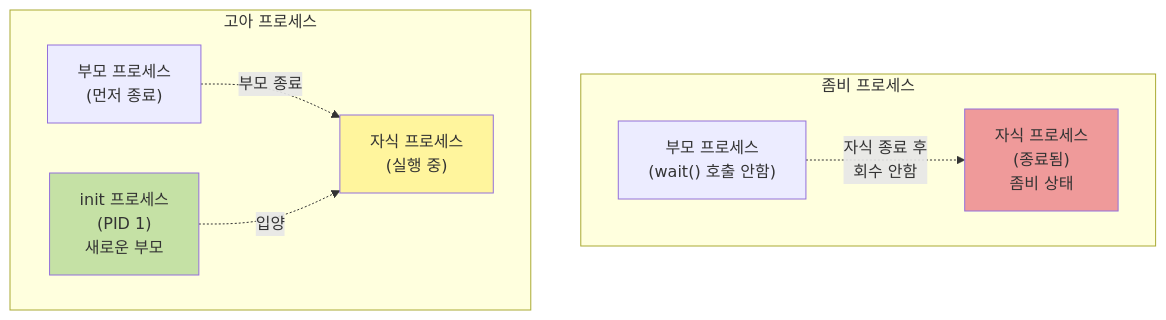
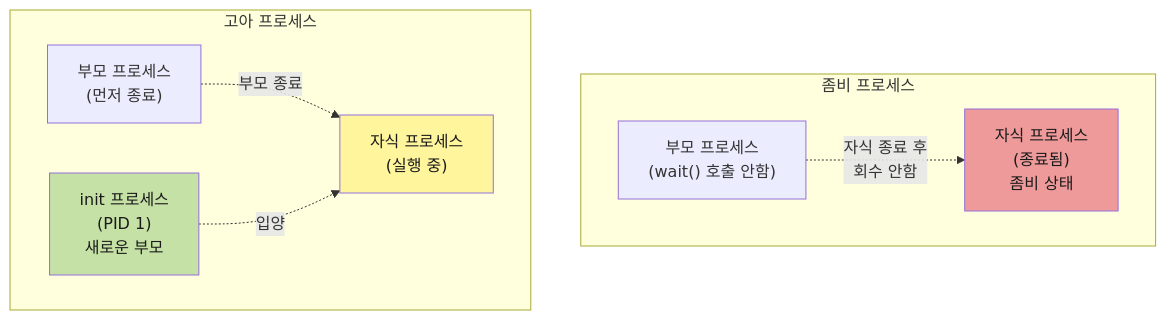
Before and after one commit to Cllaude99/cllaude99_labs: diagram 11 of 22 in apps/devblog/content/posts/operating-system.mdx, drawn with Mermaid. The commit also changed other lines of this file, not shown here.

First line of the commit message:
fix: 다크 모드에서 머메이드 다이어그램의 텍스트 색상 추가

````diff
--- a/apps/devblog/content/posts/operating-system.mdx
+++ b/apps/devblog/content/posts/operating-system.mdx
@@ -571,20 +571,20 @@
 ```mermaid
 graph TB
     subgraph Zombie["좀비 프로세스"]
         ZParent["부모 프로세스<br/>(wait() 호출 안함)"]
         ZChild["자식 프로세스<br/>(종료됨)<br/>좀비 상태"]
         ZParent -.자식 종료 후<br/>회수 안함.-> ZChild
     end
 
     subgraph Orphan["고아 프로세스"]
         OParent["부모 프로세스<br/>(먼저 종료)"]
         OChild["자식 프로세스<br/>(실행 중)"]
         Init["init 프로세스<br/>(PID 1)<br/>새로운 부모"]
         OParent -.부모 종료.-> OChild
         Init -.입양.-> OChild
     end
 
-    style ZChild fill:#ef9a9a
-    style OChild fill:#fff59d
-    style Init fill:#c5e1a5
+    style ZChild fill:#ef9a9a,color:#1a1a1a
+    style OChild fill:#fff59d,color:#1a1a1a
+    style Init fill:#c5e1a5,color:#1a1a1a
 ```
````
